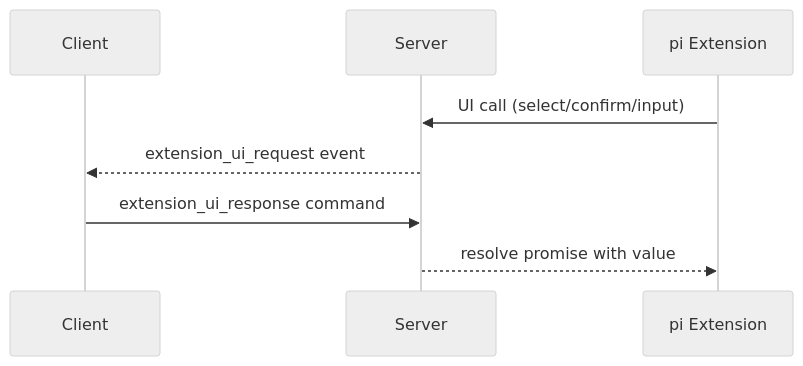
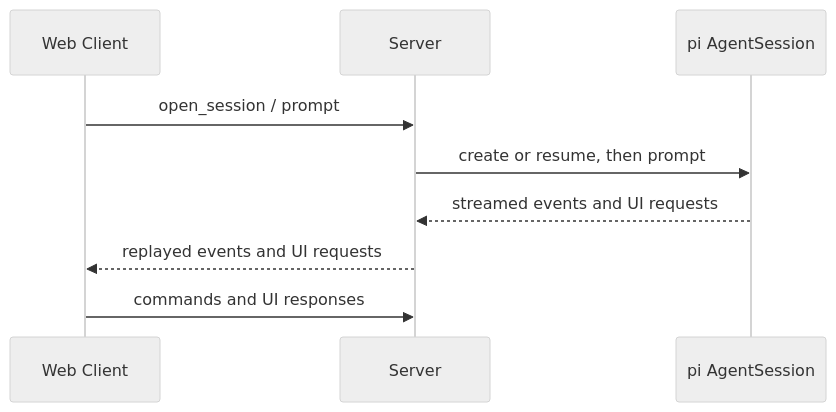
The second of 2 diagrams in codemap.md (alennartz/pimote), drawn with Mermaid (neutral theme) before and after one commit. The commit also changed other lines of this file, not shown here.

````diff
--- a/codemap.md
+++ b/codemap.md
@@ -36,11 +20,12 @@
 ```mermaid
 sequenceDiagram
-  participant C as Client
+  participant C as Web Client
   participant S as Server
-  participant Ext as pi Extension
+  participant P as pi AgentSession
 
-  Ext->>S: UI call (select/confirm/input)
-  S-->>C: extension_ui_request event
-  C->>S: extension_ui_response command
-  S-->>Ext: resolve promise with value
+  C->>S: open_session / prompt
+  S->>P: create or resume, then prompt
+  P-->>S: streamed events and UI requests
+  S-->>C: replayed events and UI requests
+  C->>S: commands and UI responses
 ```
````
